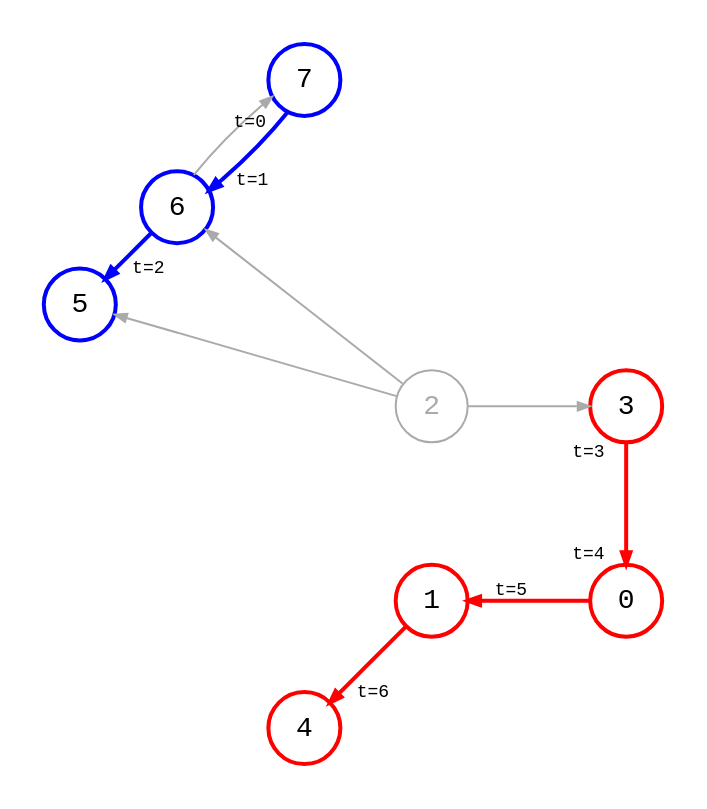
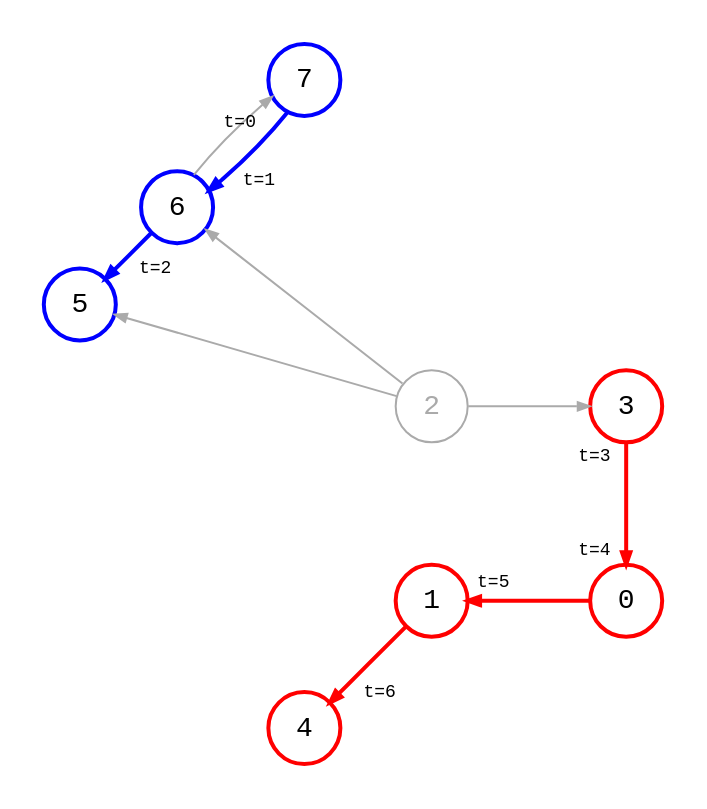
One commit to bsdrks/graaf-images changed the diagram in src/dfs_multi_source_1.dot. Above: the diagram before and after it, drawn with Graphviz. The commit also changed 9 other files, not shown here.

```diff
--- a/src/dfs_multi_source_1.dot
+++ b/src/dfs_multi_source_1.dot
@@ -1,24 +1,97 @@
 digraph {
     node [shape=circle, fontname="monospace"];
     edge [arrowsize=0.6, fontname="monospace", fontsize=9];
     layout=circo;
     scale=1.0;
     normalize=true;
     pad=0.2;
     splines=line;
 
     2 [color="#aaaaaa", fontcolor="#aaaaaa"];
     3, 0, 1, 4 [style="bold"; color=red];
     5, 6, 7 [style="bold"; color=blue];
 
-    3 -> 0 [style=bold; color=red; headlabel="t=4  ", taillabel="t=3  "];
-    0 -> 1 [style=bold; color=red; headlabel="   t=5"];
+    3 -> 0 [
+        style=bold; 
+        color=red; 
+        headlabel=<
+            <table border="0" cellpadding="2" cellspacing="0">
+                <tr>
+                    <td>t=4 </td>
+                </tr>
+            </table>
+        >,
+        taillabel=<
+            <table border="0" cellpadding="2" cellspacing="0">
+                <tr>
+                    <td>t=3 </td>
+                </tr>
+            </table>
+        >
+    ];
+
+    0 -> 1 [
+        style=bold; 
+        color=red; 
+        headlabel=<
+            <table border="0" cellpadding="4" cellspacing="0">
+                <tr>
+                    <td> t=5 </td>
+                </tr>
+            </table>
+        >,
+    ];
+
     1 -> 2 [style=invis];
-    1 -> 4 [style=bold; color=red; headlabel="   t=6"];
+
+    1 -> 4 [
+        style=bold; 
+        color=red; 
+        headlabel=<
+            <table border="0" cellpadding="0" cellspacing="0">
+                <tr>
+                    <td>    t=6 </td>
+                </tr>
+            </table>
+        >
+    ];
+
     2 -> 3 [color="#aaaaaa"];
+
     2 -> 5 [color="#aaaaaa"];
+
     2 -> 6 [color="#aaaaaa"];
-    6 -> 5 [style=bold; color=blue; headlabel="   t=2"];
+
+    6 -> 5 [
+        style=bold; 
+        color=blue; 
+        headlabel=<
+            <table border="0" cellpadding="0" cellspacing="0">
+                <tr>
+                    <td>    t=2</td>
+                </tr>
+            </table>
+        >,
+    ];
+
     6 -> 7 [color="#aaaaaa"];
-    7 -> 6 [style=bold; color=blue; taillabel="t=0  ", headlabel="   t=1"];
+
+    7 -> 6 [
+        style=bold; 
+        color=blue; 
+        taillabel=<
+            <table border="0" cellpadding="0" cellspacing="0">
+                <tr>
+                    <td> t=0  </td>
+                </tr>
+            </table>
+        >,
+        headlabel=<
+            <table border="0" cellpadding="0" cellspacing="0">
+                <tr>
+                    <td>    t=1</td>
+                </tr>
+            </table>
+        >,
+    ];
 }
```
